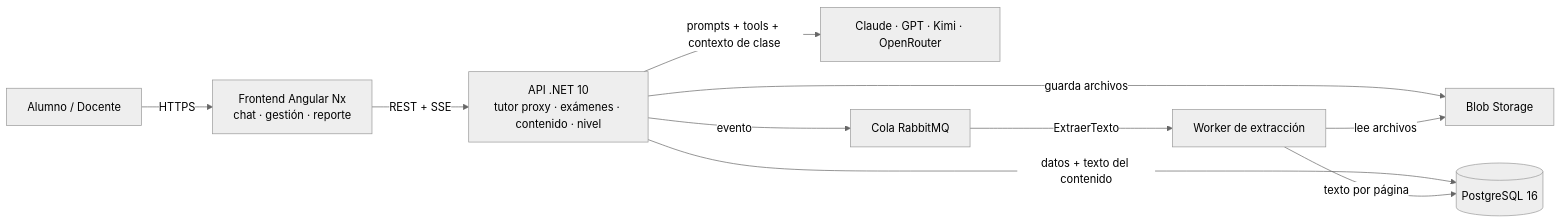
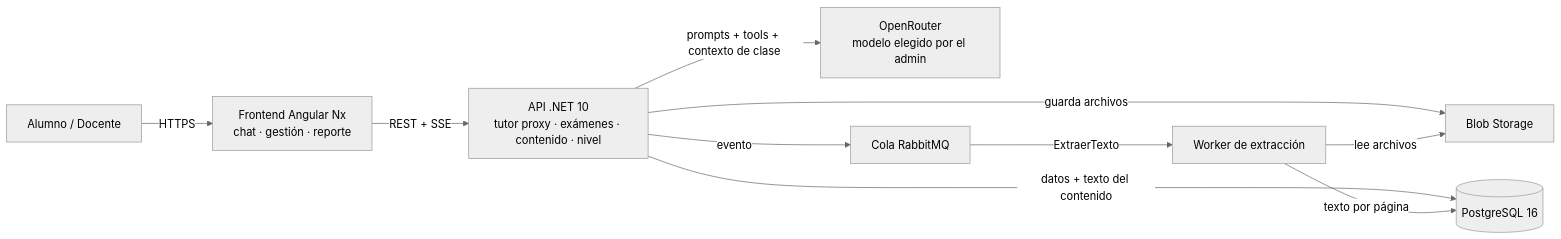
One commit to dreawm/IA_AGENT_FINANZAS changed the second of 4 diagrams in specs/SDD-Plataforma-Evaluacion-PreClase.md. Above: the diagram before and after it, drawn with Mermaid (neutral theme). The commit also changed other lines of this file and 87 other files, not shown here.

````diff
--- a/specs/SDD-Plataforma-Evaluacion-PreClase.md
+++ b/specs/SDD-Plataforma-Evaluacion-PreClase.md
@@ -105,12 +156,12 @@
 ```mermaid
 flowchart LR
     U[Alumno / Docente] -- HTTPS --> F["Frontend Angular Nx<br/>chat · gestión · reporte"]
     F -- REST + SSE --> API["API .NET 10<br/>tutor proxy · exámenes · contenido · nivel"]
-    API -- "prompts + tools + contexto de clase" --> LLM["Claude · GPT · Kimi · OpenRouter"]
+    API -- "prompts + tools + contexto de clase" --> LLM["OpenRouter<br/>modelo elegido por el admin"]
     API -- evento --> Q[Cola RabbitMQ]
     API -- guarda archivos --> B[Blob Storage]
     API -- datos + texto del contenido --> DB[(PostgreSQL 16)]
     Q -- ExtraerTexto --> W[Worker de extracción]
     W -- lee archivos --> B
     W -- texto por página --> DB
 ```
````
